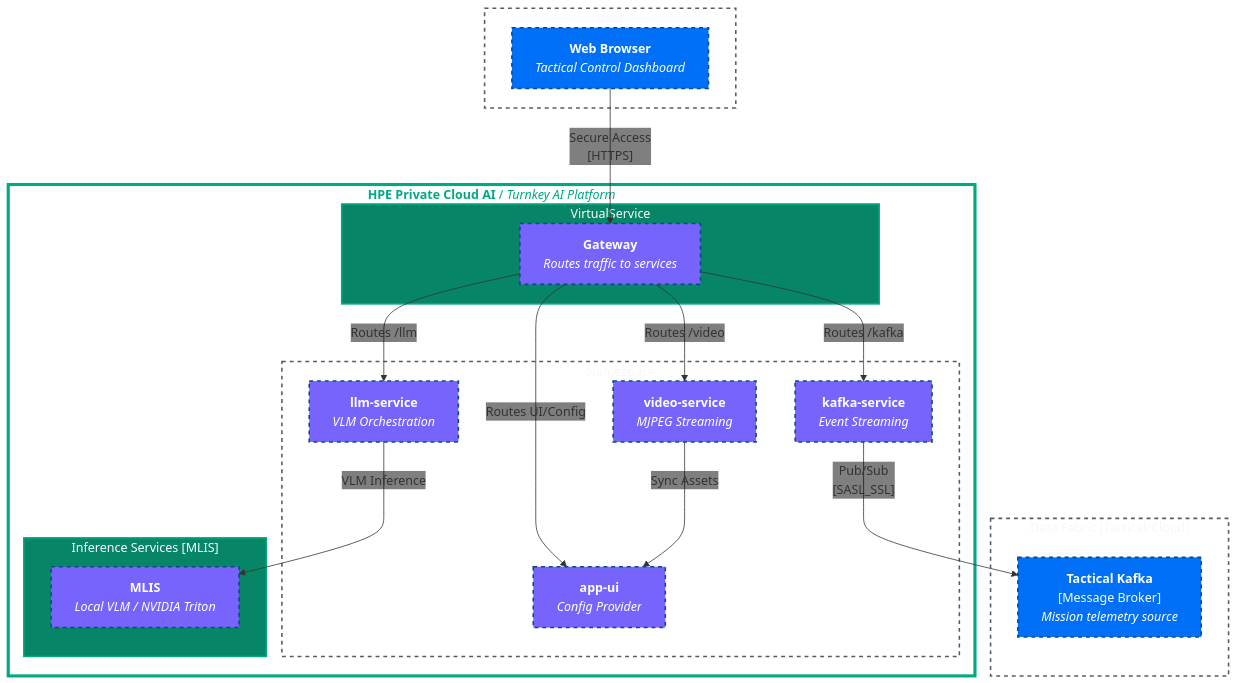
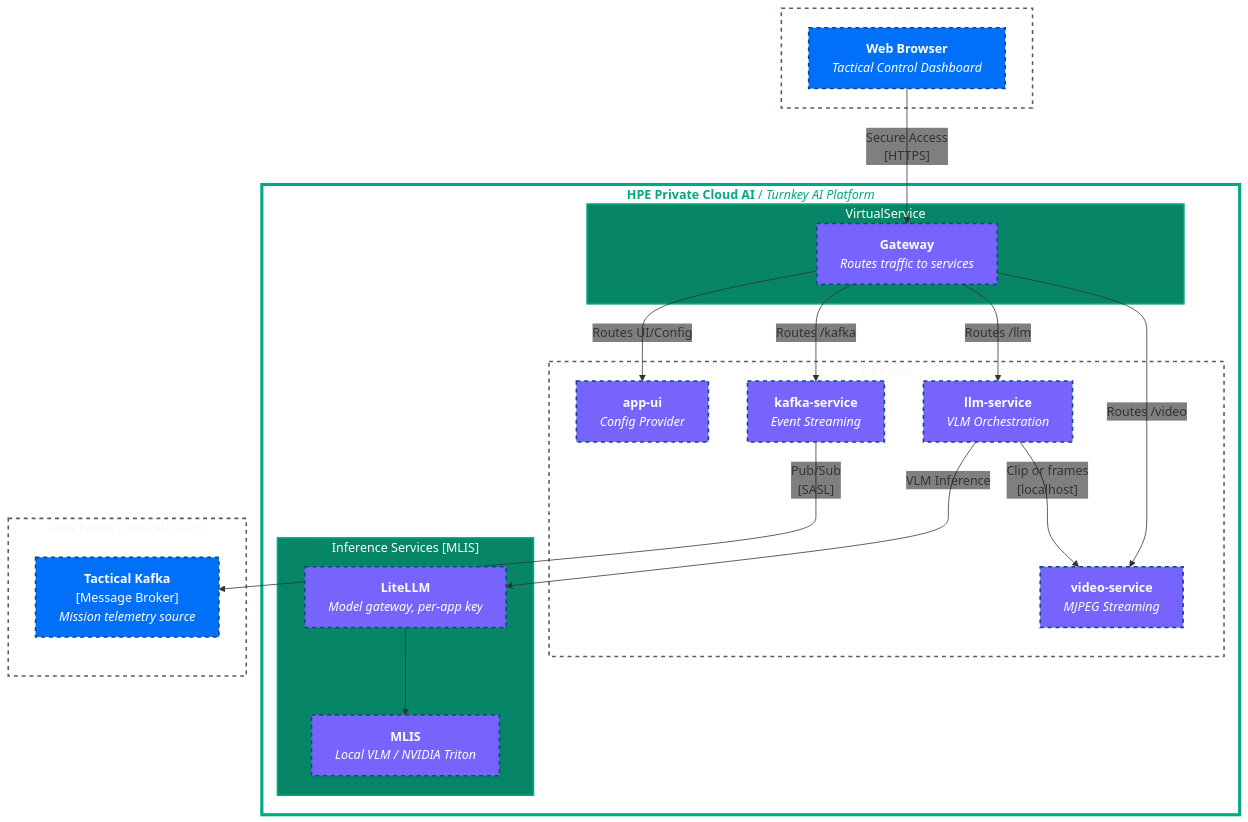
One commit to erdincka/defence-ops changed the diagram in DIAGRAM.md. Above: the diagram before and after it, drawn with Mermaid. The commit also changed other lines of this file and 52 other files, not shown here.

````diff
--- a/DIAGRAM.md
+++ b/DIAGRAM.md
@@ -7,61 +7,63 @@
 ```mermaid
 %%{ init: { 'themeVariables': { 'edgeLabelBackground': 'transparent', 'primaryTextColor': '#F7F7F7', 'secondaryTextColor': '#F7F7F7', 'tertiaryTextColor': '#F7F7F7' } } }%%
 flowchart TD
     %% Styling Classes
     classDef container fill:#7764fc,color:#fff,stroke:#0b4884,stroke-width:2px;
     classDef outsider fill:#0070f8,color:#fff,stroke:#0b4884,stroke-width:2px;
     classDef node fill:none,color:#F7F7F7,stroke:#535C66,stroke-width:2px,stroke-dasharray: 5 5;
     classDef external fill:#3E4550,color:#fff,stroke:#666,stroke-width:2px;
     classDef database fill:#6c2b7c,color:#fff,stroke:#0b4884,stroke-width:2px;
 
     %% 1. User Context (Top)
     subgraph user ["User"]
         spa["<b>Web Browser</b><br/><i>Tactical Control Dashboard</i>"]
     end
     class spa outsider;
 
     %% 2. HPE Private Cloud AI
     subgraph pcai ["<b>HPE Private Cloud AI</b> / <i>Turnkey AI Platform</i>"]
         subgraph gateway ["&nbsp; VirtualService &nbsp;"]
             istio["&nbsp; &nbsp; &nbsp; &nbsp; &nbsp; &nbsp; <b>Gateway</b> &nbsp; &nbsp; &nbsp; &nbsp; &nbsp; &nbsp;<br/><i>Routes traffic to services</i>"]
         end
         class istio container;
-        subgraph ns ["Namespace"]
+        subgraph ns ["One pod"]
 
             app_ui_svc["<b>app-ui</b><br/><i>Config Provider</i>"]
             llm_svc["<b>llm-service</b><br/><i>VLM Orchestration</i>"]
             kafka_svc["<b>kafka-service</b><br/><i>Event Streaming</i>"]
             video_svc["<b>video-service</b><br/><i>MJPEG Streaming</i>"]
             class app_ui_svc,llm_svc,kafka_svc,video_svc container;
             
         end
         subgraph inf_cluster ["Inference Services [MLIS]"]
+            litellm["<b>LiteLLM</b><br/><i>Model gateway, per-app key</i>"]
             mlis["<b>MLIS</b><br/><i>Local VLM / NVIDIA Triton</i>"]
         end
-        class mlis container;
+        class litellm,mlis container;
     end
 
     %% 3. External Dependencies (Bottom)
     subgraph external ["Data Fabric (Tactical/Cloud)"]
         kafka_cluster["<b>Tactical Kafka</b><br/>[Message Broker]<br/><i>Mission telemetry source</i>"]
     end
     class kafka_cluster outsider;
 
     %% --- Layout & Relationships ---
     spa -- "Secure Access<br/>[HTTPS]" --> istio
     istio -- "Routes UI/Config" --> app_ui_svc
     istio -- "Routes /llm" --> llm_svc
     istio -- "Routes /kafka" --> kafka_svc
     istio -- "Routes /video" --> video_svc
     
     %% Aligning lower components side-by-side
-    llm_svc -- "VLM Inference" --> mlis
-    video_svc -- "Sync Assets" --> app_ui_svc
-    kafka_svc -- "Pub/Sub<br/>[SASL_SSL]" --> kafka_cluster
+    llm_svc -- "VLM Inference" --> litellm
+    litellm --> mlis
+    llm_svc -- "Clip or frames<br/>[localhost]" --> video_svc
+    kafka_svc -- "Pub/Sub<br/>[SASL]" --> kafka_cluster
     
     %% --- Custom Standout Styling ---
     style pcai fill:none,stroke:#01a982,stroke-width:4px,color:#01a982
     style gateway fill:#068667,stroke:#01a982,stroke-width:2px,color:#fff
     style inf_cluster fill:#068667,stroke:#01a982,stroke-width:2px,color:#fff
     class user,ns,pods,storage,external node;
 ```
````
